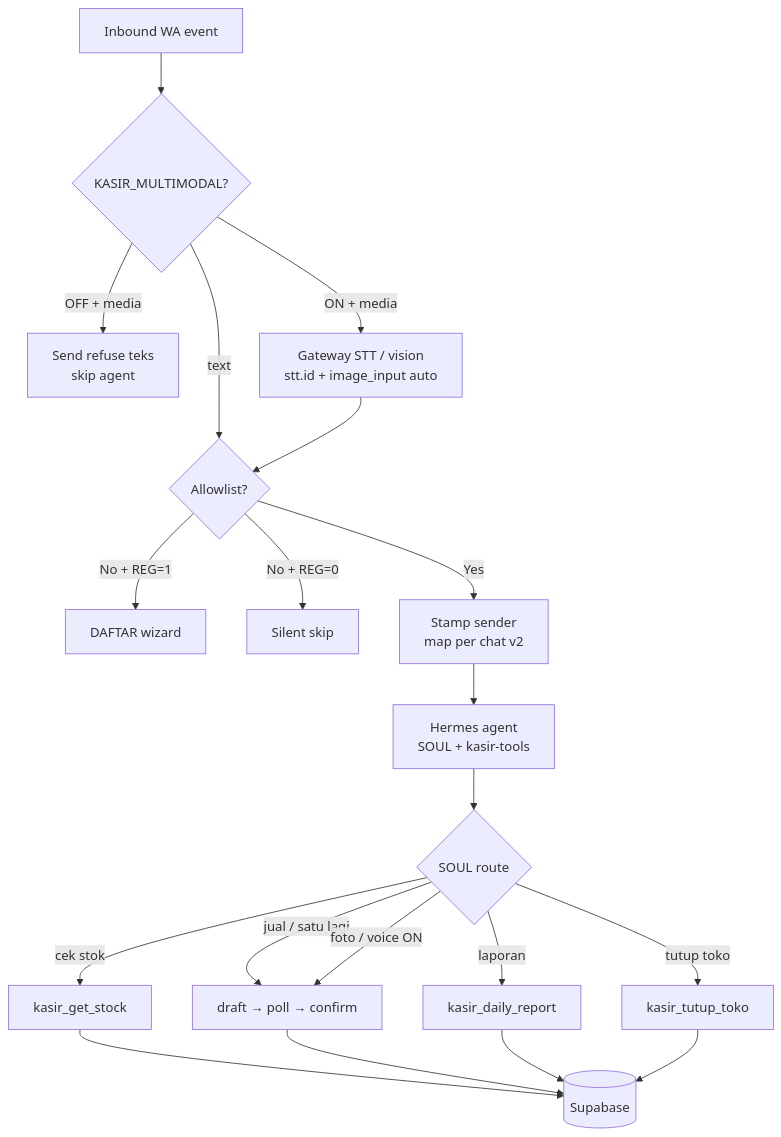
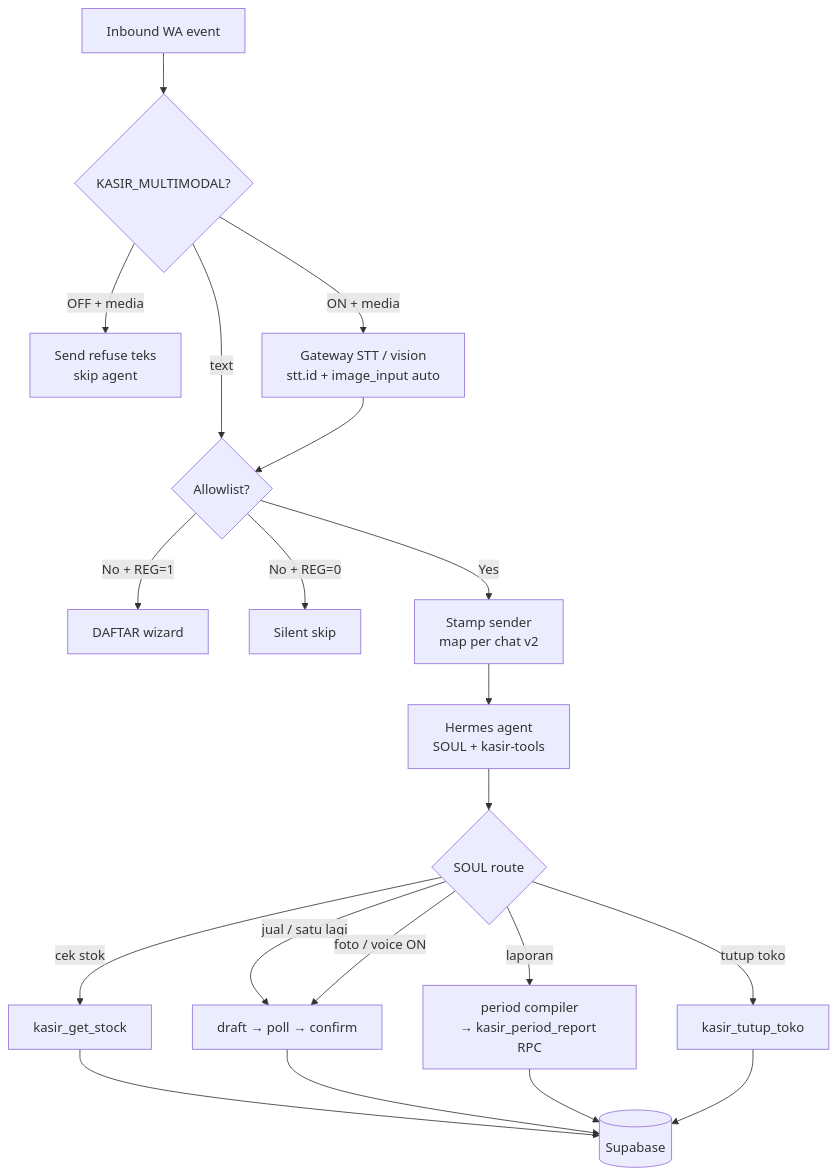
Before and after one commit to nusantarasoft/juragan-aibuilder-cup: the diagram in diagrams/aistudio/umkm-wa/system/L7-inbound-gate.mmd, drawn with Mermaid. The commit also changed 21 other files, not shown here.

First line of the commit message:
feat(kasir): BSS period reports via kasir_period_report RPC

```diff
--- a/diagrams/aistudio/umkm-wa/system/L7-inbound-gate.mmd
+++ b/diagrams/aistudio/umkm-wa/system/L7-inbound-gate.mmd
@@ -1,22 +1,22 @@
 %% System L7: inbound gate detail (pipe order) — eng / ops
 %% Complements L5 (containers) and L6 (agent path). Keep labels short for mermaid.ink.
 flowchart TB
   IN[Inbound WA event] --> MM{KASIR_MULTIMODAL?}
   MM -->|OFF + media| REF[Send refuse teks<br/>skip agent]
   MM -->|ON + media| GV[Gateway STT / vision<br/>stt.id + image_input auto]
   MM -->|text| AL{Allowlist?}
   GV --> AL
   AL -->|No + REG=1| REG[DAFTAR wizard]
   AL -->|No + REG=0| SKIP[Silent skip]
   AL -->|Yes| ST[Stamp sender<br/>map per chat v2]
   ST --> AG[Hermes agent<br/>SOUL + kasir-tools]
   AG --> TOOLS{SOUL route}
   TOOLS -->|cek stok| T1[kasir_get_stock]
   TOOLS -->|jual / satu lagi| T2[draft → poll → confirm]
   TOOLS -->|foto / voice ON| T2
-  TOOLS -->|laporan| T3[kasir_daily_report]
+  TOOLS -->|laporan| T3[period compiler<br/>→ kasir_period_report RPC]
   TOOLS -->|tutup toko| T4[kasir_tutup_toko]
   T1 --> DB[(Supabase)]
   T2 --> DB
   T3 --> DB
   T4 --> DB
```
